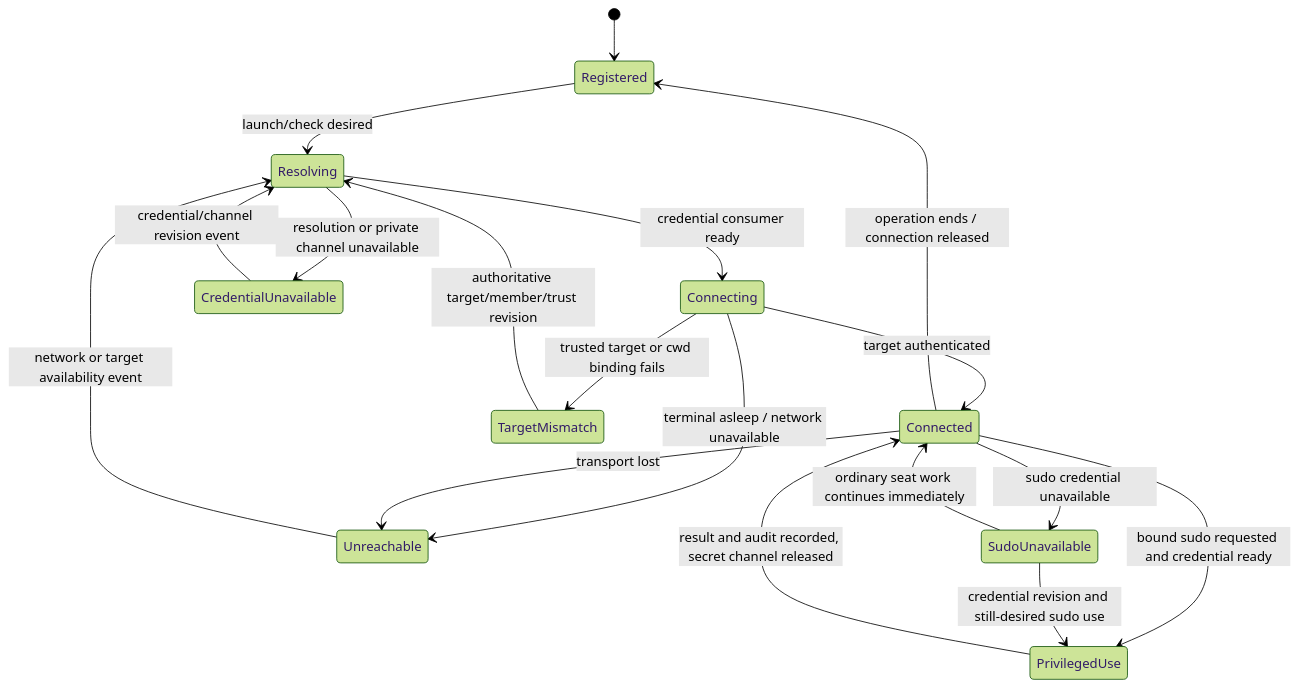
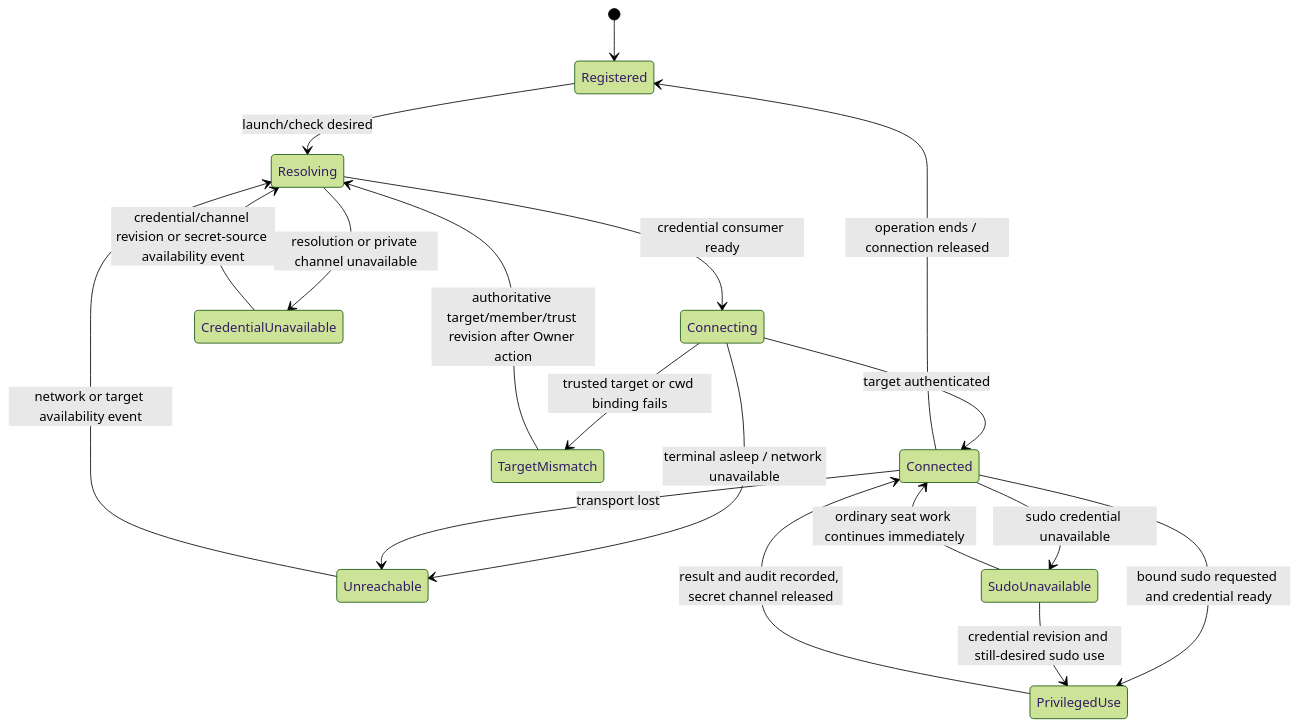
Before and after one commit to kitepon/BellTeam: the second of 2 diagrams in docs/architecture/modules/terminals/README.md, drawn with Mermaid (forest theme). The commit also changed other lines of this file and 1 other file, not shown here.

````diff
--- a/docs/architecture/modules/terminals/README.md
+++ b/docs/architecture/modules/terminals/README.md
@@ -93,20 +93,20 @@
 ```mermaid
 stateDiagram-v2
   [*] --> Registered
   Registered --> Resolving: launch/check desired
   Resolving --> Connecting: credential consumer ready
   Connecting --> Connected: target authenticated
   Connected --> Registered: operation ends / connection released
   Connecting --> Unreachable: terminal asleep / network unavailable
   Connected --> Unreachable: transport lost
   Unreachable --> Resolving: network or target availability event
   Resolving --> CredentialUnavailable: resolution or private channel unavailable
-  CredentialUnavailable --> Resolving: credential/channel revision event
+  CredentialUnavailable --> Resolving: credential/channel revision or secret-source availability event
   Connecting --> TargetMismatch: trusted target or cwd binding fails
-  TargetMismatch --> Resolving: authoritative target/member/trust revision
+  TargetMismatch --> Resolving: authoritative target/member/trust revision after Owner action
   Connected --> PrivilegedUse: bound sudo requested and credential ready
   PrivilegedUse --> Connected: result and audit recorded, secret channel released
   Connected --> SudoUnavailable: sudo credential unavailable
   SudoUnavailable --> Connected: ordinary seat work continues immediately
   SudoUnavailable --> PrivilegedUse: credential revision and still-desired sudo use
 ```
````
